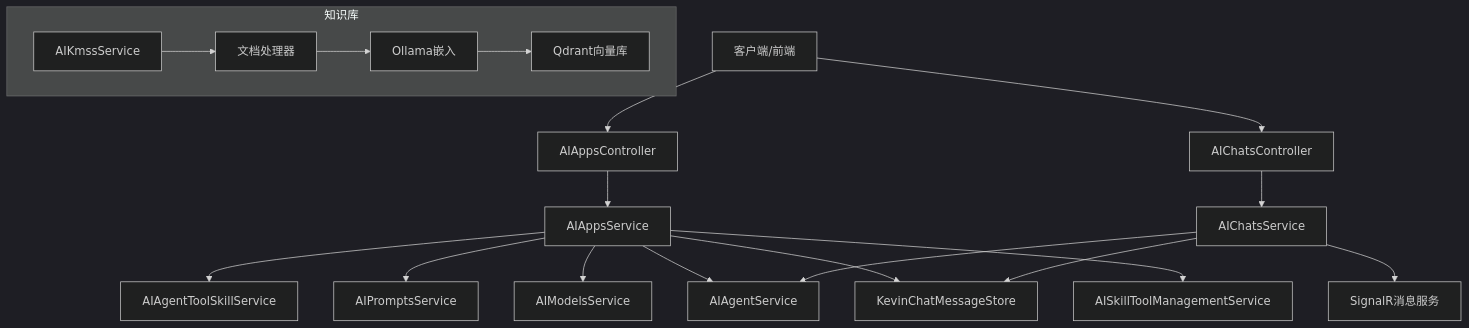
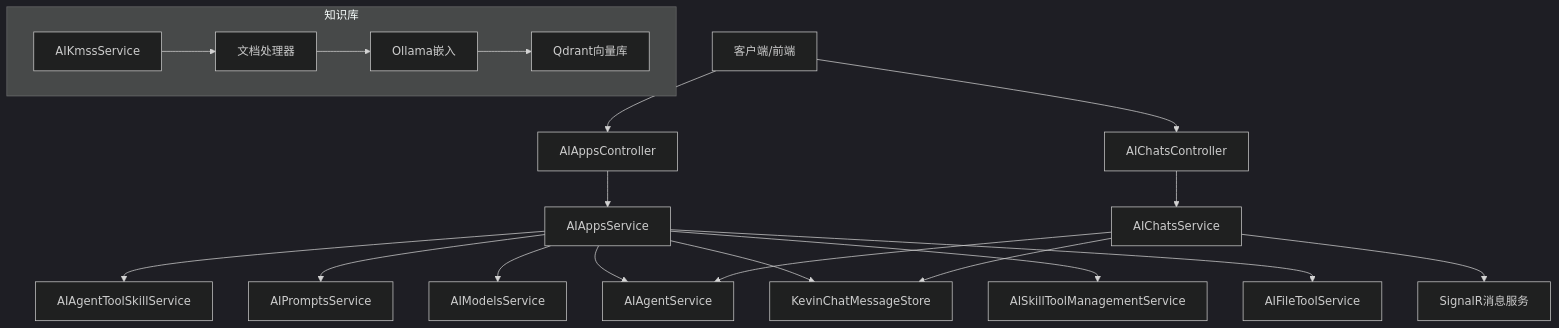
One commit to junkai-li/NetCoreKevin changed the first of 9 diagrams in .qoder/repowiki/zh/content/核心模块/AI智能助手/AI智能助手.md. Above: the diagram before and after it, drawn with Mermaid (dark theme). The commit also changed other lines of this file and 2 other files, not shown here.

````diff
--- a/.qoder/repowiki/zh/content/核心模块/AI智能助手/AI智能助手.md
+++ b/.qoder/repowiki/zh/content/核心模块/AI智能助手/AI智能助手.md
@@ -40,21 +52,22 @@
 ```mermaid
 graph TB
 Client["客户端/前端"] --> CtrApps["AIAppsController"]
 Client --> CtrChats["AIChatsController"]
 CtrApps --> SvcApps["AIAppsService"]
 CtrChats --> SvcChats["AIChatsService"]
 SvcApps --> SvcTools["AIAgentToolSkillService"]
 SvcApps --> SvcPrompts["AIPromptsService"]
 SvcApps --> SvcModels["AIModelsService"]
 SvcApps --> AgentSvc["AIAgentService"]
 SvcChats --> AgentSvc
 SvcApps --> Store["KevinChatMessageStore"]
 SvcChats --> Store
 SvcApps --> SkillMgr["AISkillToolManagementService"]
 SvcChats --> SignalR["SignalR消息服务"]
+SvcApps --> FileSvc["AIFileToolService"]
 subgraph "知识库"
 SvcKms["AIKmssService"] --> DocProc["文档处理器"]
 DocProc --> Embed["Ollama嵌入"]
 Embed --> Qdrant["Qdrant向量库"]
 end
 ```
````
